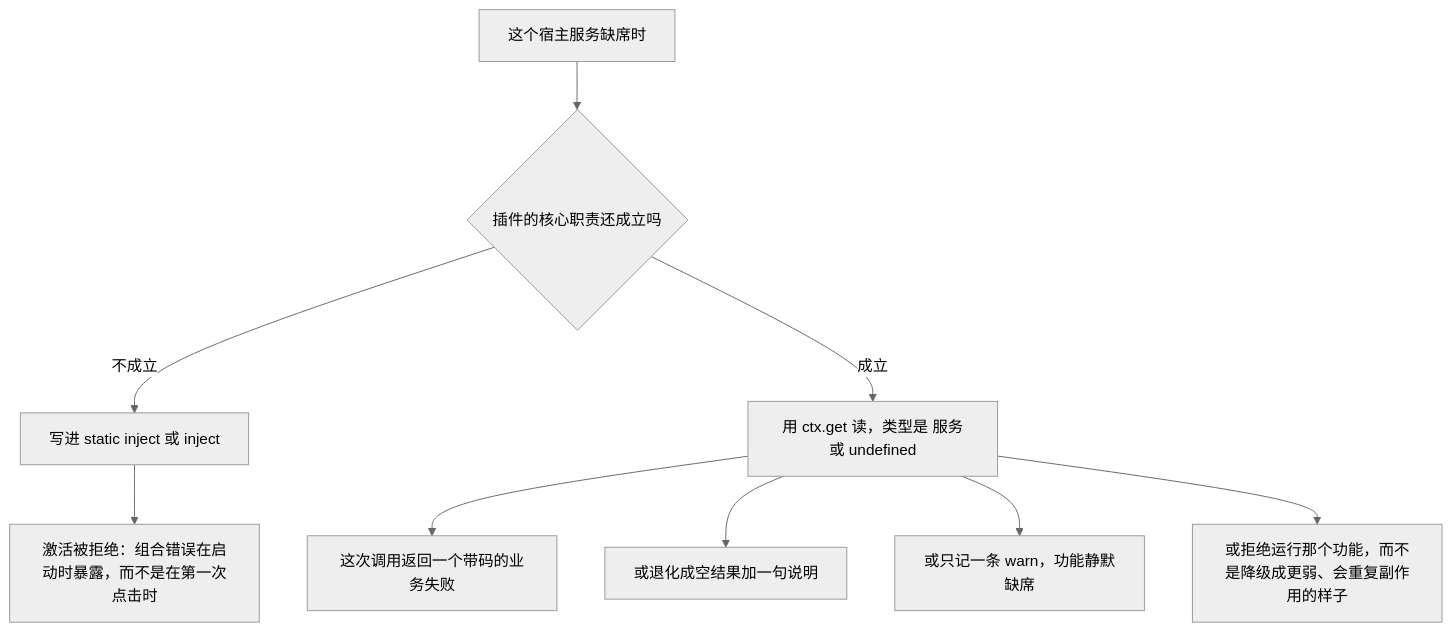
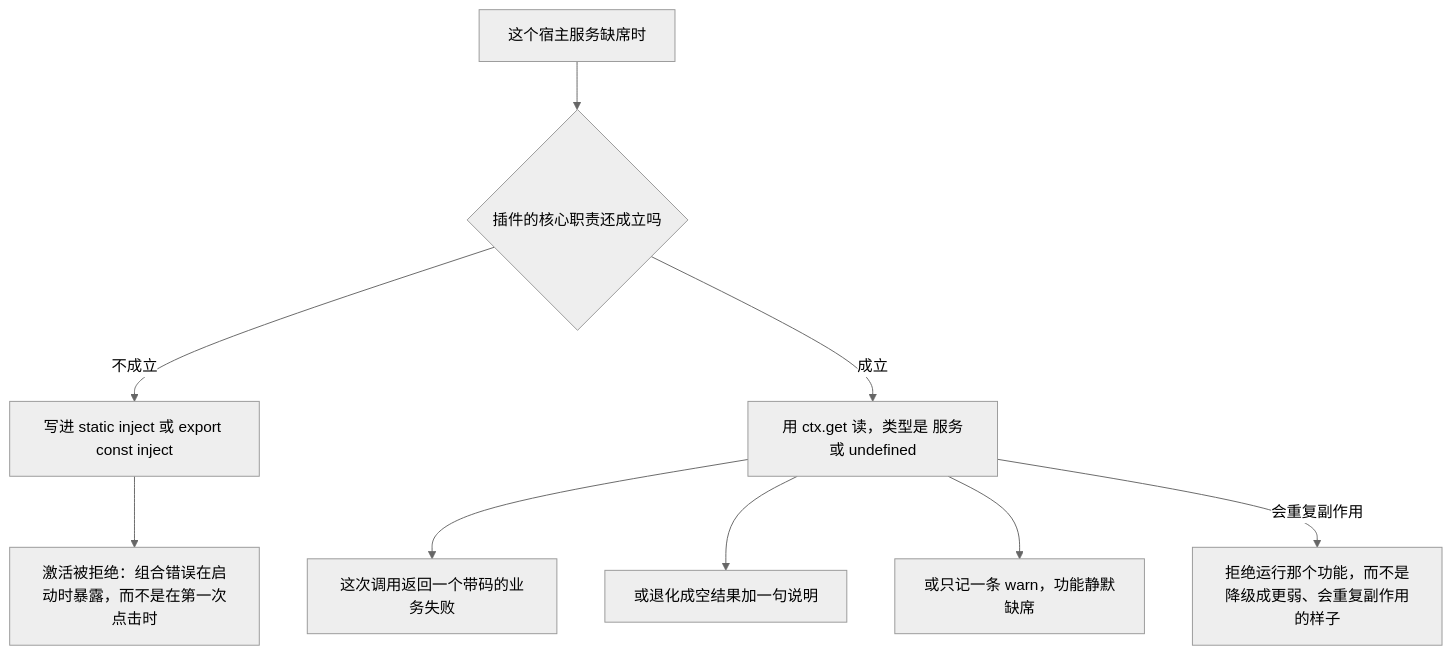
One commit to zhangj1164/dsh-mega-plugins changed the first of 2 diagrams in openwiki/integrations/dsh-host-services.md. Above: the diagram before and after it, drawn with Mermaid (neutral theme). The commit also changed other lines of this file and 15 other files, not shown here.

````diff
--- a/openwiki/integrations/dsh-host-services.md
+++ b/openwiki/integrations/dsh-host-services.md
@@ -100,11 +130,11 @@
 ```mermaid
 flowchart TD
   A["这个宿主服务缺席时"] --> B{"插件的核心职责还成立吗"}
-  B -- 不成立 --> C["写进 static inject 或 inject"]
+  B -- 不成立 --> C["写进 static inject 或 export const inject"]
   C --> C1["激活被拒绝：组合错误在启动时暴露，而不是在第一次点击时"]
   B -- 成立 --> D["用 ctx.get 读，类型是 服务或 undefined"]
   D --> D1["这次调用返回一个带码的业务失败"]
   D --> D2["或退化成空结果加一句说明"]
   D --> D3["或只记一条 warn，功能静默缺席"]
-  D --> D4["或拒绝运行那个功能，而不是降级成更弱、会重复副作用的样子"]
+  D -- "会重复副作用" --> E["拒绝运行那个功能，而不是降级成更弱、会重复副作用的样子"]
 ```
````
